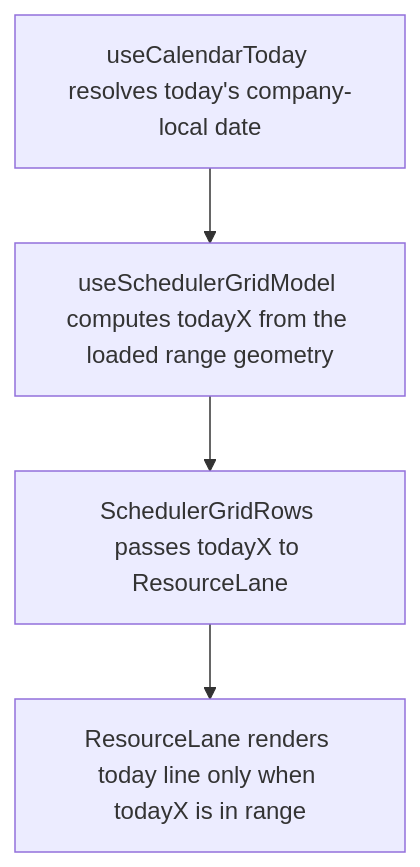
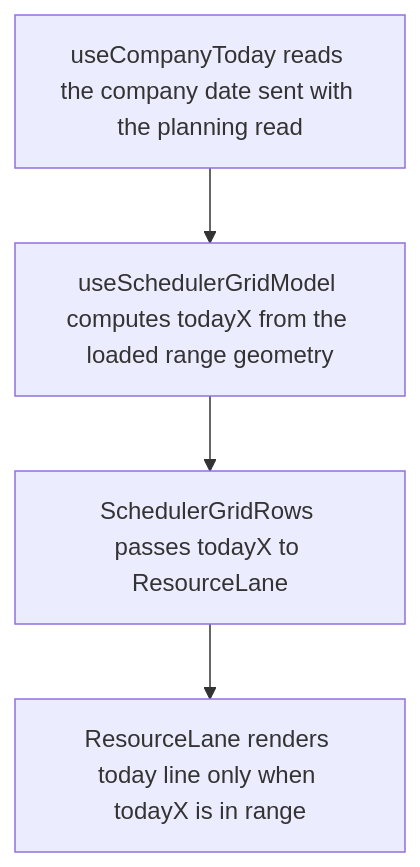
Before and after one commit to Kevinjohn/capacitylens: the second of 2 diagrams in user-stories/scheduler/US-SCH-12-today-line.md, drawn with Mermaid. The commit also changed other lines of this file and 39 other files, not shown here.

First line of the commit message:
Use the server's company date in the browser

````diff
--- a/user-stories/scheduler/US-SCH-12-today-line.md
+++ b/user-stories/scheduler/US-SCH-12-today-line.md
@@ -37,6 +37,6 @@
 ```mermaid
 flowchart TD
-  A["useCalendarToday resolves today's company-local date"] --> B["useSchedulerGridModel computes todayX from the loaded range geometry"]
+  A["useCompanyToday reads the company date sent with the planning read"] --> B["useSchedulerGridModel computes todayX from the loaded range geometry"]
   B --> C["SchedulerGridRows passes todayX to ResourceLane"]
   C --> D["ResourceLane renders today line only when todayX is in range"]
 ```
````
